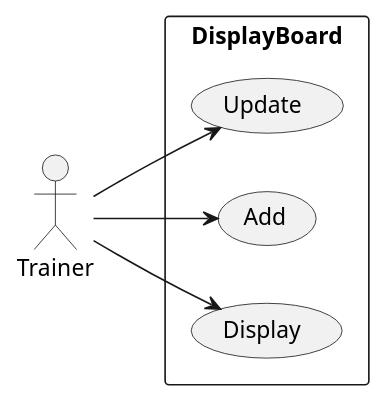
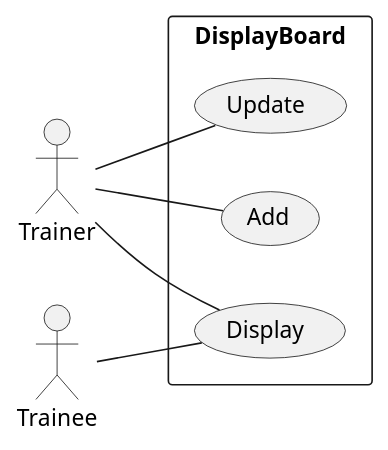
The diagram in Functional-Branch/Analysis/Use-Case.puml (AbderrafieElmrabet/UI_UX), drawn with PlantUML before and after one commit. The commit also changed 3 other files, not shown here.

Commit message:
Class diagram

```diff
--- a/Functional-Branch/Analysis/Use-Case.puml
+++ b/Functional-Branch/Analysis/Use-Case.puml
@@ -1,12 +1,14 @@
 @startuml
 left to right direction
 actor "Trainer" as fc
+actor "Trainee" as fa
 rectangle DisplayBoard {
   usecase "Update" as UC1
   usecase "Add" as UC2
   usecase "Display" as UC3
 }
-fc --> UC1
-fc --> UC2
-fc --> UC3
+fc -- UC1
+fc -- UC2
+fc -- UC3
+fa -- UC3
 @enduml
```
